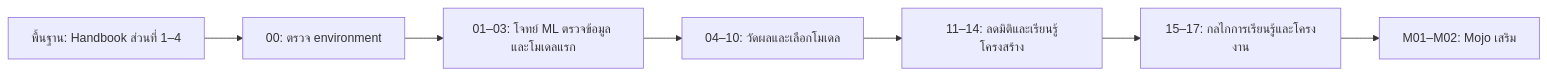
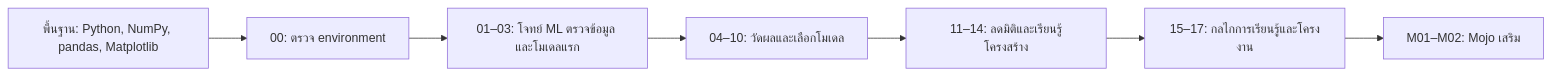
Before and after one commit to KOPE-SOLUTION/machine-learning: the diagram in README.md, drawn with Mermaid. The commit also changed other lines of this file and 11 other files, not shown here.

````diff
--- a/README.md
+++ b/README.md
@@ -46,9 +45,9 @@
 ```mermaid
 flowchart LR
-  P["พื้นฐาน: Handbook ส่วนที่ 1–4"] --> R["00: ตรวจ environment"]
+  P["พื้นฐาน: Python, NumPy, pandas, Matplotlib"] --> R["00: ตรวจ environment"]
   R --> A["01–03: โจทย์ ML ตรวจข้อมูล และโมเดลแรก"]
   A --> B["04–10: วัดผลและเลือกโมเดล"]
   B --> C["11–14: ลดมิติและเรียนรู้โครงสร้าง"]
   C --> D["15–17: กลไกการเรียนรู้และโครงงาน"]
   D --> E["M01–M02: Mojo เสริม"]
 ```
````
